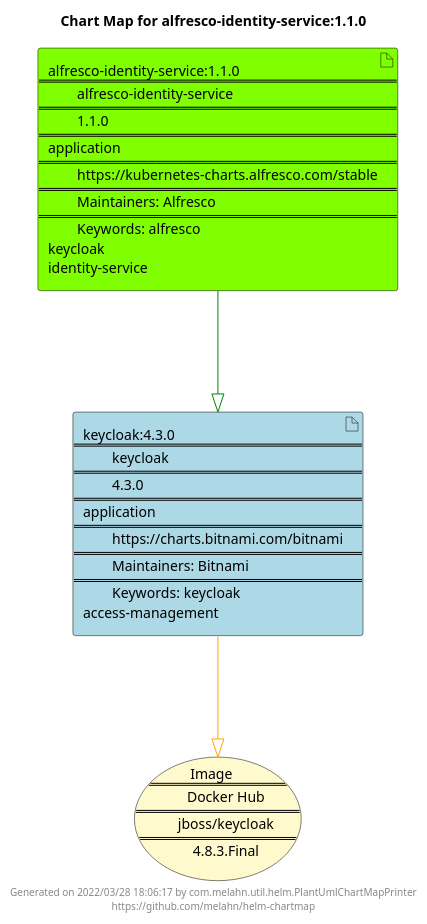
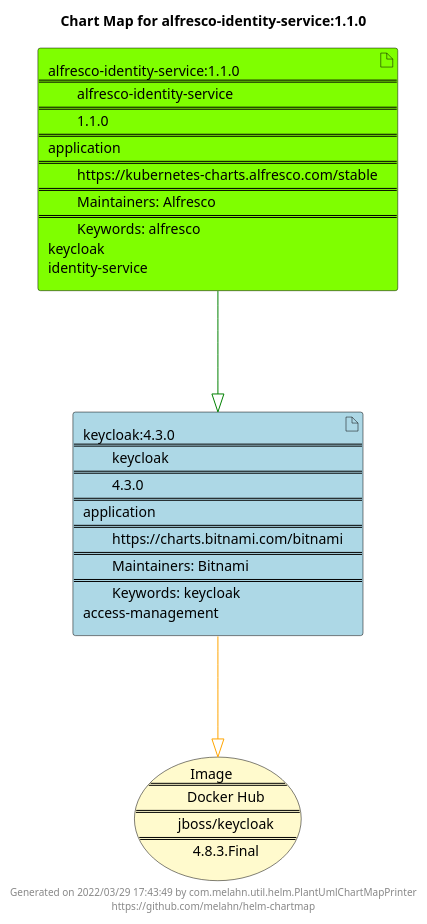
One commit to melahn/helm-chartmap changed the diagram in docs/alfresco-identity-service/alfresco-identity-service-1.1.0.puml. Above: the diagram before and after it, drawn with PlantUML. The commit also changed 55 other files, not shown here.

Commit message:
Update Example Chart Maps as part of GitHub build

```diff
--- a/docs/alfresco-identity-service/alfresco-identity-service-1.1.0.puml
+++ b/docs/alfresco-identity-service/alfresco-identity-service-1.1.0.puml
@@ -1,23 +1,23 @@
 @startuml
 skinparam linetype ortho
 skinparam backgroundColor white
 skinparam usecaseBorderColor black
 skinparam usecaseArrowColor LightSlateGray
 skinparam artifactBorderColor black
 skinparam artifactArrowColor LightSlateGray
 
 title Chart Map for alfresco-identity-service:1.1.0
 
 'There are 2 referenced Helm Charts
 artifact "alfresco-identity-service:1.1.0\n====\n\talfresco-identity-service\n====\n\t1.1.0\n====\napplication\n====\n\thttps://kubernetes-charts.alfresco.com/stable\n====\n\tMaintainers: Alfresco\n====\n\tKeywords: alfresco\nkeycloak\nidentity-service" as alfresco_identity_service_1_1_0 #Chartreuse
 artifact "keycloak:4.3.0\n====\n\tkeycloak\n====\n\t4.3.0\n====\napplication\n====\n\thttps://charts.bitnami.com/bitnami\n====\n\tMaintainers: Bitnami\n====\n\tKeywords: keycloak\naccess-management" as keycloak_4_3_0 #LightBlue
 
 'There is one referenced Docker Image
 usecase "Image\n====\n\tDocker Hub\n====\n\tjboss/keycloak\n====\n\t4.8.3.Final" as jboss_keycloak_4_8_3_Final #LemonChiffon
 
 'Chart Dependencies
 alfresco_identity_service_1_1_0--[#green]-|>keycloak_4_3_0
 keycloak_4_3_0--[#orange]-|>jboss_keycloak_4_8_3_Final
 
-center footer Generated on 2022/03/28 18:06:17 by com.melahn.util.helm.PlantUmlChartMapPrinter\nhttps://github.com/melahn/helm-chartmap
+center footer Generated on 2022/03/29 17:43:49 by com.melahn.util.helm.PlantUmlChartMapPrinter\nhttps://github.com/melahn/helm-chartmap
 @enduml
```
